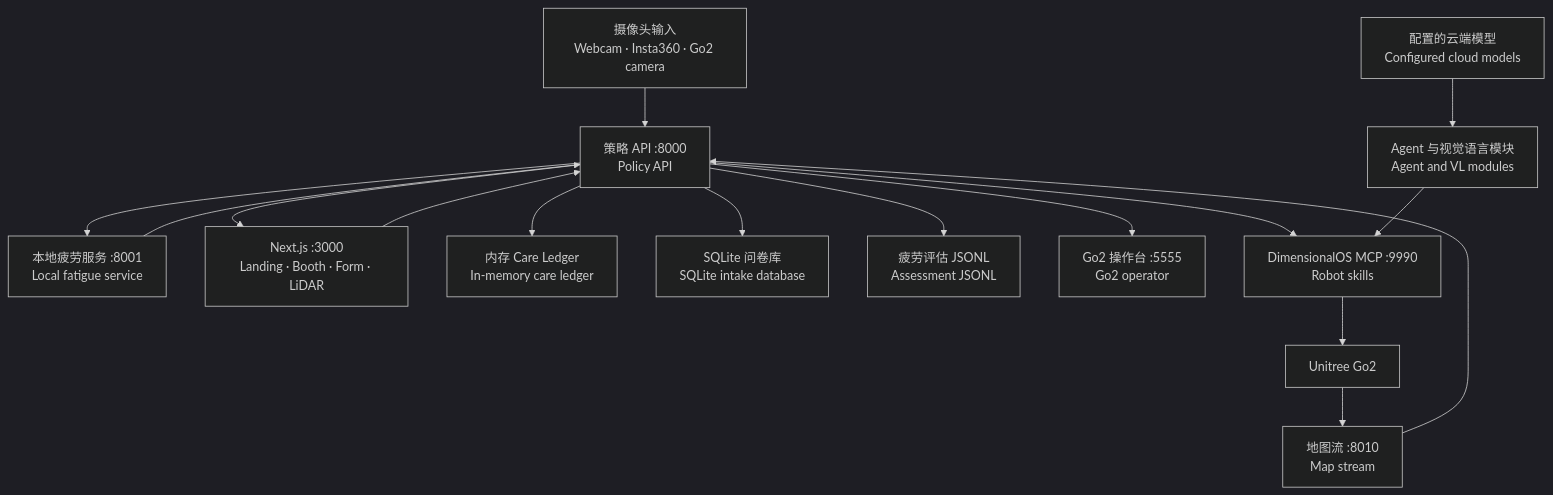
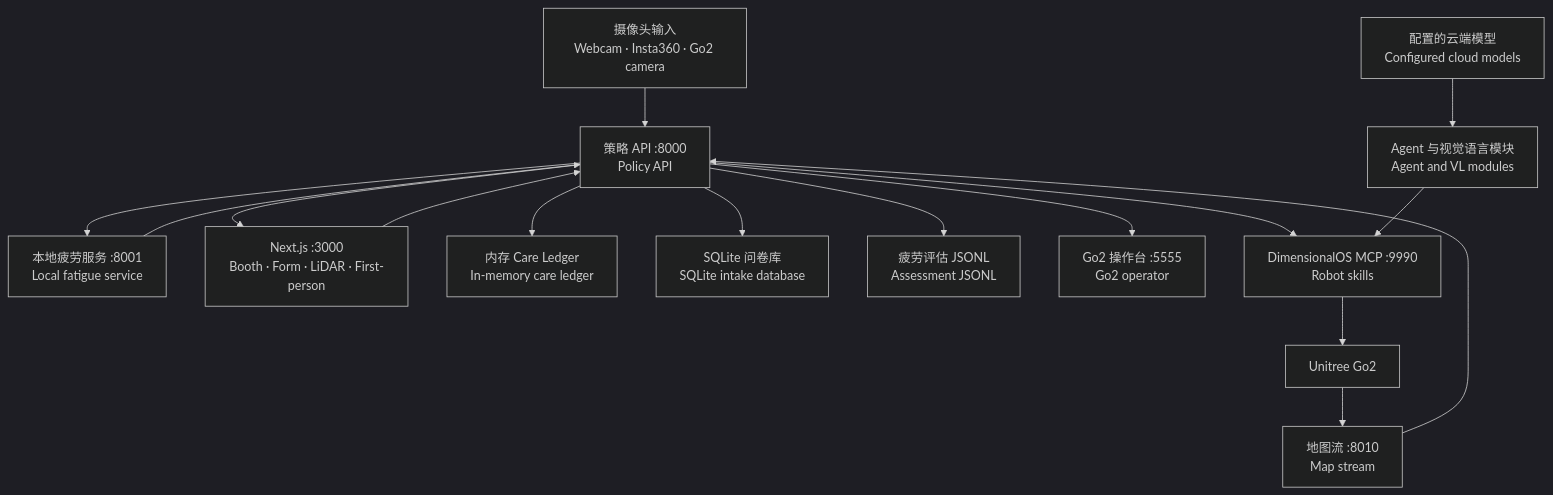
One commit to joaquingit1/NightWatch changed the second of 2 diagrams in README.md. Above: the diagram before and after it, drawn with Mermaid (dark theme). The commit also changed other lines of this file and 24 other files, not shown here.

````diff
--- a/README.md
+++ b/README.md
@@ -190,21 +208,21 @@
 ```mermaid
 flowchart TB
     Camera["摄像头输入<br/>Webcam · Insta360 · Go2 camera"] --> API["策略 API :8000<br/>Policy API"]
     API --> Fatigue["本地疲劳服务 :8001<br/>Local fatigue service"]
     Fatigue --> API
-    API --> Client["Next.js :3000<br/>Landing · Booth · Form · LiDAR"]
+    API --> Client["Next.js :3000<br/>Booth · Form · LiDAR · First-person"]
     Client --> API
 
     API --> Ledger["内存 Care Ledger<br/>In-memory care ledger"]
     API --> Intake["SQLite 问卷库<br/>SQLite intake database"]
     API --> Audit["疲劳评估 JSONL<br/>Assessment JSONL"]
 
     API --> Operator["Go2 操作台 :5555<br/>Go2 operator"]
     API --> MCP["DimensionalOS MCP :9990<br/>Robot skills"]
     MCP --> Go2["Unitree Go2"]
     Go2 --> Map["地图流 :8010<br/>Map stream"]
     Map --> API
 
     Cloud["配置的云端模型<br/>Configured cloud models"] --> Agent["Agent 与视觉语言模块<br/>Agent and VL modules"]
     Agent --> MCP
 ```
````
